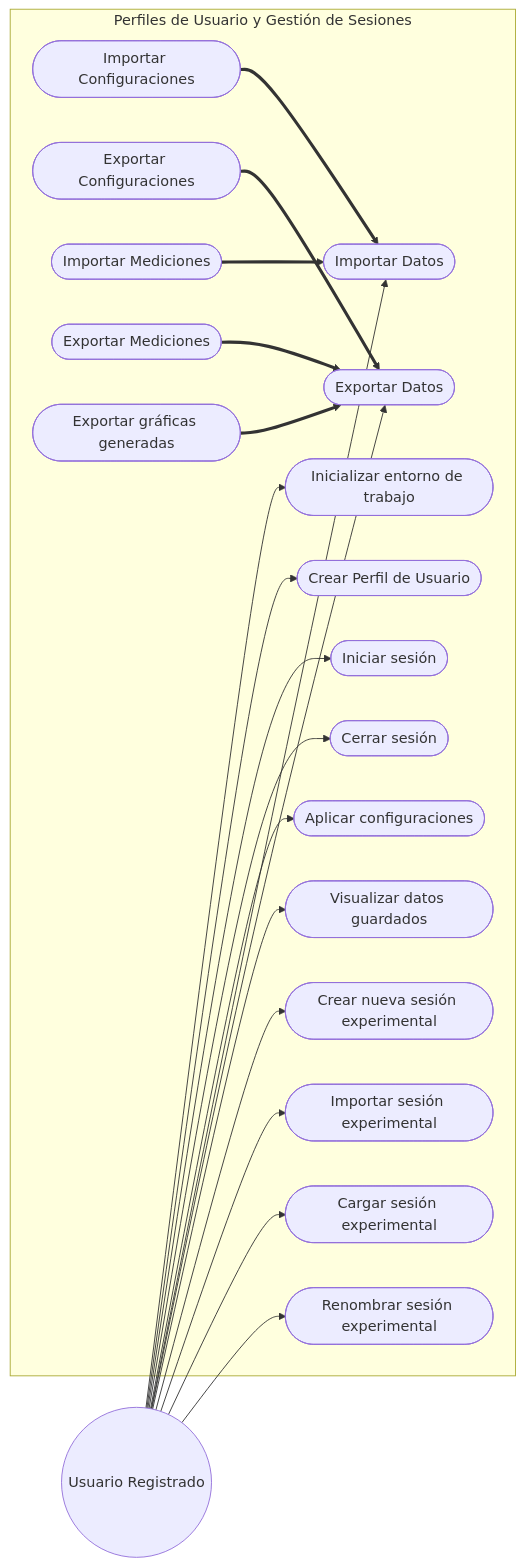
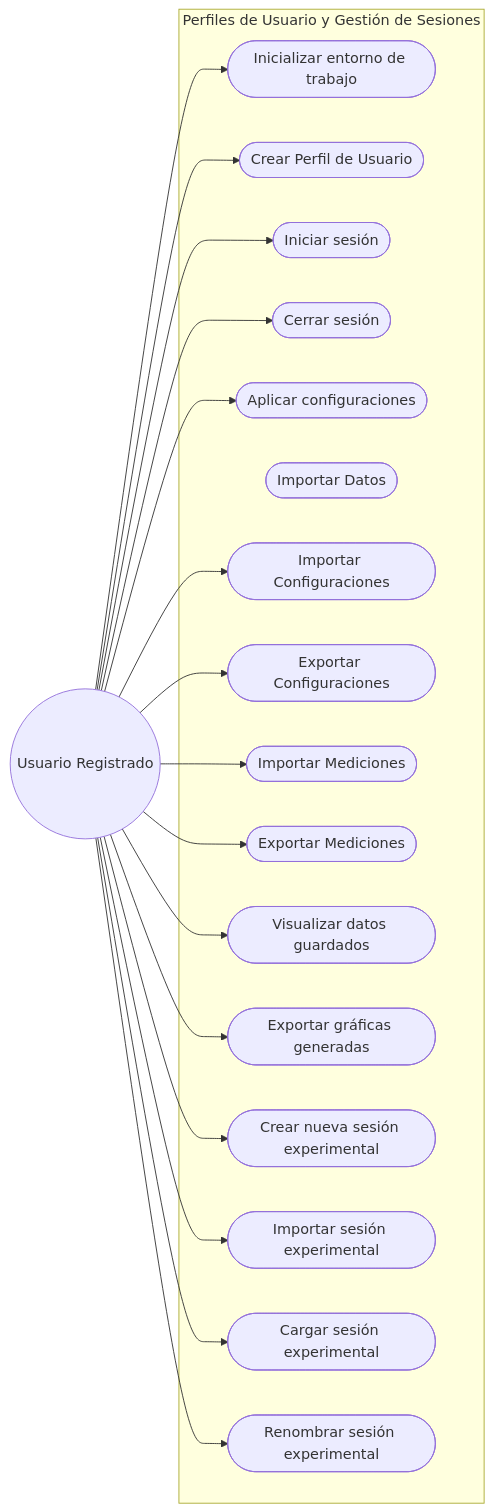
The fourth of 7 diagrams in Gmini-MarkDown/Diagramas/Diagramas de CU.md (alegrelias/Repo-GMini), drawn with Mermaid before and after one commit. The commit also changed 1 other file, not shown here.

Commit message:
Saq importar y exportar datos de especificacion y diagramas

````diff
--- a/Gmini-MarkDown/Diagramas/Diagramas de CU.md
+++ b/Gmini-MarkDown/Diagramas/Diagramas de CU.md
@@ -109,46 +109,42 @@
 ```mermaid
 flowchart LR
 %% Actores
 Usuario((Usuario Registrado))
 
 subgraph Perfiles de Usuario y Gestión de Sesiones
 	CU20([Inicializar entorno de trabajo])
 	CU21([Crear Perfil de Usuario])
 	CU22([Iniciar sesión])
 	CU24([Cerrar sesión])
 	CU26([Aplicar configuraciones])
 	CU27([Importar Datos])
-	CU28([Exportar Datos])
 	CU29([Importar Configuraciones])
 	CU30([Exportar Configuraciones])
 	CU31([Importar Mediciones])
 	CU32([Exportar Mediciones])
 	CU33([Visualizar datos guardados])
 	CU34([Exportar gráficas generadas])
 	CU_B7([Crear nueva sesión experimental])
 	CU_B8([Importar sesión experimental])
 	CU_B9([Cargar sesión experimental])
 	CU_B10([Renombrar sesión experimental])
 end
 
 %% Asociaciones
 Usuario --> CU20
 Usuario --> CU21
 Usuario --> CU22
 Usuario --> CU24
 Usuario --> CU26
-Usuario --> CU27
-Usuario --> CU28
+Usuario --> CU29
+Usuario --> CU31
+Usuario --> CU30
+Usuario --> CU32
+Usuario --> CU34
 Usuario --> CU33
 Usuario --> CU_B7
 Usuario --> CU_B8
 Usuario --> CU_B9
 Usuario --> CU_B10
 
-%% generalización
-CU29 ==> CU27
-CU31 ==> CU27
-CU30 ==> CU28
-CU32 ==> CU28
-CU34 ==> CU28
 ```
````
